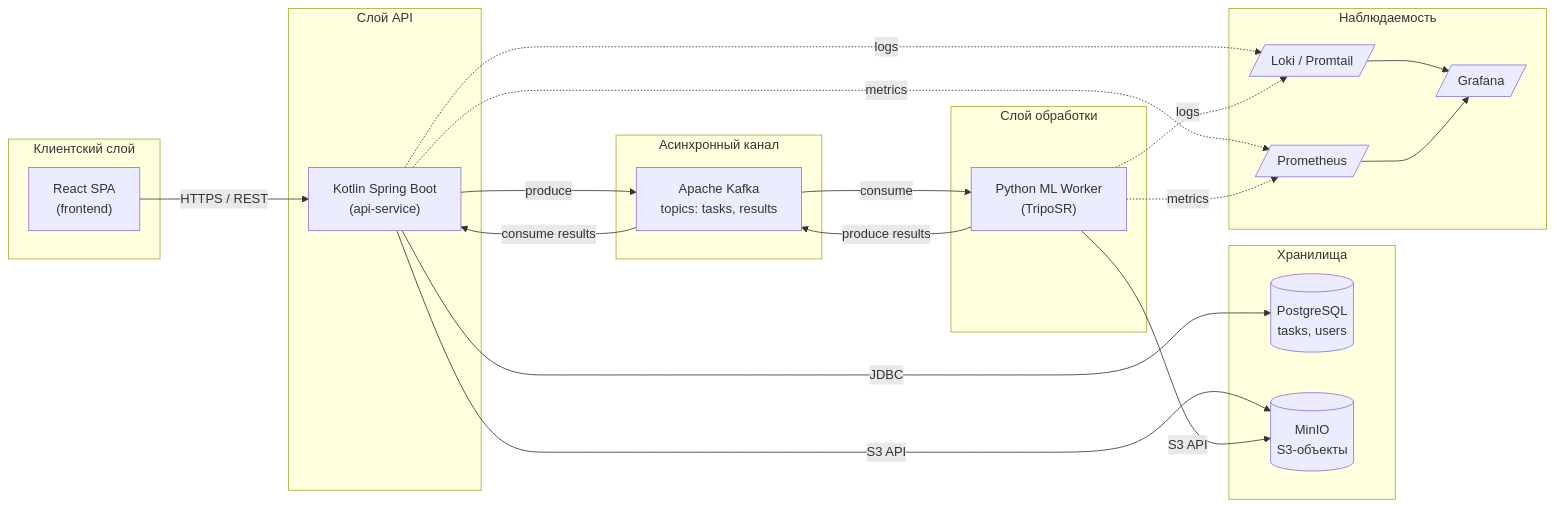
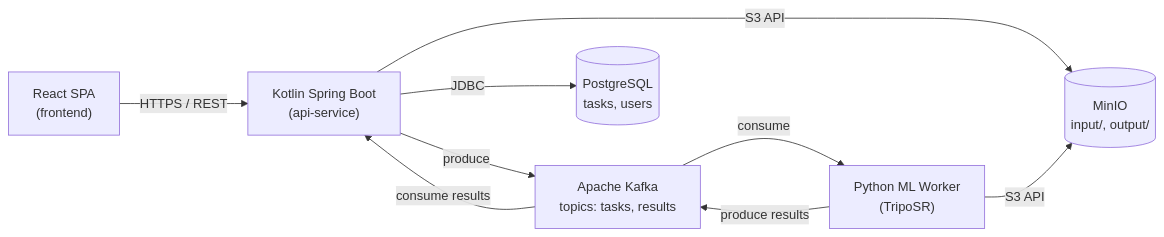
Before and after one commit to tssvett/model-forge: the diagram in diploma/assets/diagrams/architecture-overview.mmd, drawn with Mermaid. The commit also changed 5 other files, not shown here.

First line of the commit message:
diploma(architecture): regenerate architecture-overview as 2 figures

```diff
--- a/diploma/assets/diagrams/architecture-overview.mmd
+++ b/diploma/assets/diagrams/architecture-overview.mmd
@@ -1,40 +1,20 @@
-%% Рисунок 1 – Компонентная диаграмма платформы model-forge
-%% Источник: diploma/text/04-architecture.md, секция 4.1
-%% Рендер: mmdc -i architecture-overview.mmd -o architecture-overview.png -w 1600
+%% Рисунок 1 – Компонентная диаграмма платформы model-forge (main-flow)
+%% Источник: diploma/text/04-architecture.md, секция "Компоненты системы"
+%% Слой наблюдаемости вынесен в отдельную диаграмму architecture-monitoring.mmd
+%% Рендер: mmdc -i architecture-overview.mmd -o architecture-overview.png -w 1800
 flowchart LR
-    subgraph Client["Клиентский слой"]
-        FE["React SPA<br/>(frontend)"]
-    end
-    subgraph Edge["Слой API"]
-        API["Kotlin Spring Boot<br/>(api-service)"]
-    end
-    subgraph Async["Асинхронный канал"]
-        K["Apache Kafka<br/>topics: tasks, results"]
-    end
-    subgraph Worker["Слой обработки"]
-        ML["Python ML Worker<br/>(TripoSR)"]
-    end
-    subgraph Storage["Хранилища"]
-        PG[("PostgreSQL<br/>tasks, users")]
-        S3[("MinIO<br/>S3-объекты")]
-    end
-    subgraph Obs["Наблюдаемость"]
-        L[/"Loki / Promtail"/]
-        P[/"Prometheus"/]
-        G[/"Grafana"/]
-    end
+    FE["React SPA<br/>(frontend)"]
+    API["Kotlin Spring Boot<br/>(api-service)"]
+    K["Apache Kafka<br/>topics: tasks, results"]
+    ML["Python ML Worker<br/>(TripoSR)"]
+    PG[("PostgreSQL<br/>tasks, users")]
+    S3[("MinIO<br/>input/, output/")]
 
     FE -->|HTTPS / REST| API
+    API -->|produce| K
+    K -->|consume| ML
+    ML -->|produce results| K
+    K -->|consume results| API
     API -->|JDBC| PG
     API -->|S3 API| S3
-    API -->|produce| K
-    K -->|consume| ML
     ML -->|S3 API| S3
-    ML -->|produce results| K
-    K -->|consume results| API
-    API -. logs .-> L
-    ML -. logs .-> L
-    API -. metrics .-> P
-    ML -. metrics .-> P
-    L --> G
-    P --> G
```
